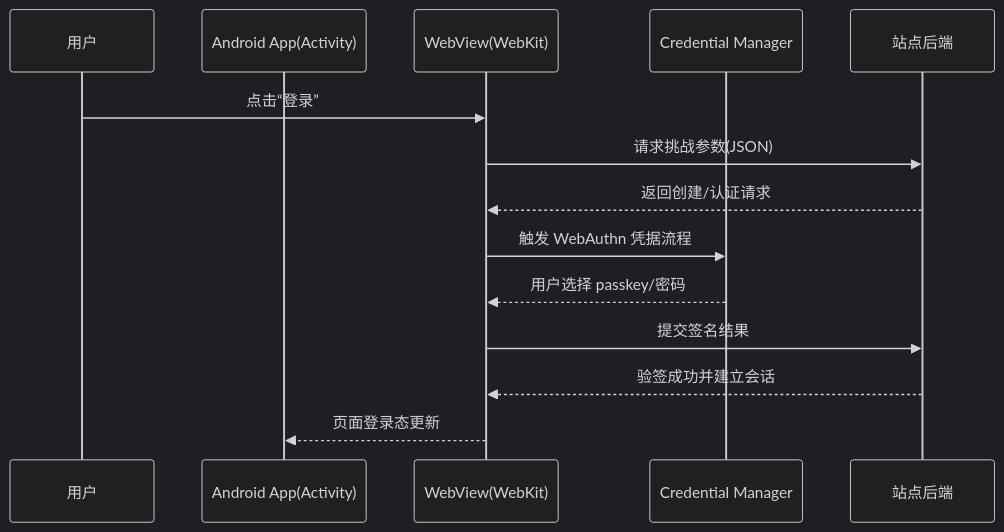
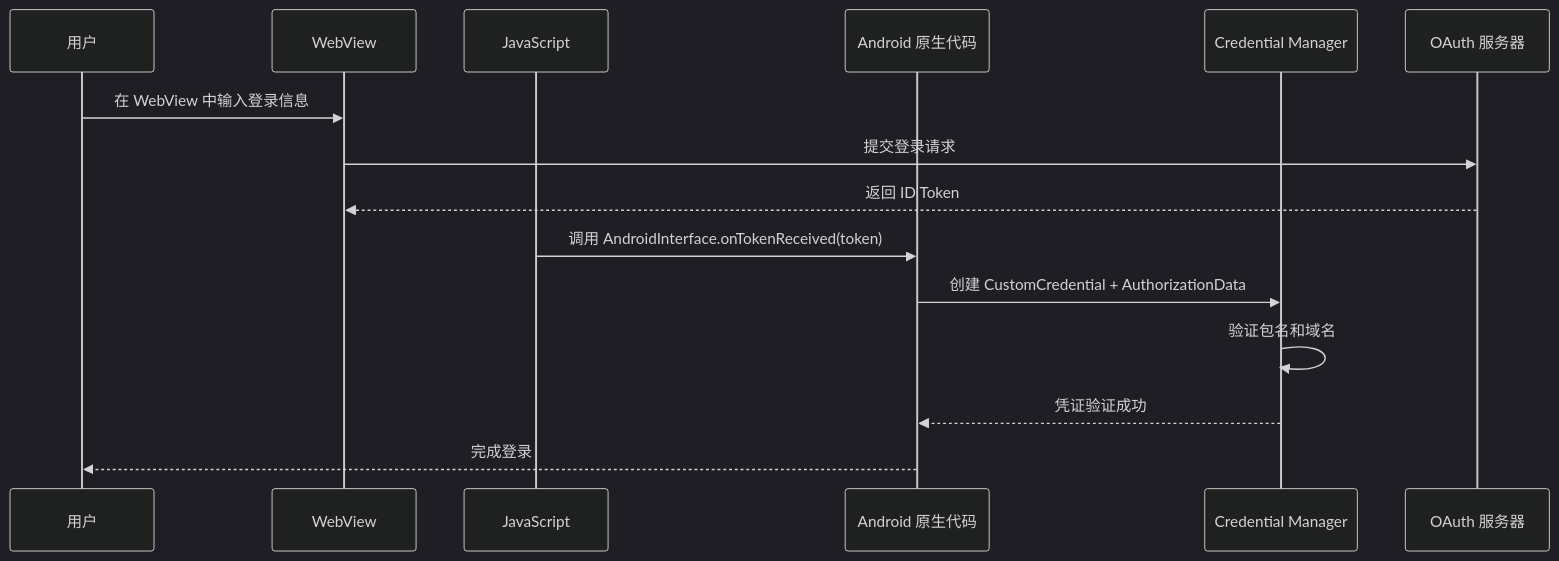
Before and after one commit to Carrie-L/carrie-l.github.io: the diagram in AndroidDeveloperGuideStory/Contents/vol3/3.1.41 使用 WebView 验证用户身份.md, drawn with Mermaid (dark theme). The commit also changed other lines of this file, not shown here.

````diff
--- a/AndroidDeveloperGuideStory/Contents/vol3/3.1.41 使用 WebView 验证用户身份.md
+++ b/AndroidDeveloperGuideStory/Contents/vol3/3.1.41 使用 WebView 验证用户身份.md
@@ -39,17 +583,18 @@
 ```mermaid
 sequenceDiagram
-    participant U as 用户
-    participant A as Android App(Activity)
-    participant W as WebView(WebKit)
-    participant C as Credential Manager
-    participant S as 站点后端
+    participant User as 用户
+    participant WebView as WebView
+    participant JS as JavaScript
+    participant Android as Android 原生代码
+    participant CM as Credential Manager
+    participant Server as OAuth 服务器
 
-    U->>W: 点击“登录”
-    W->>S: 请求挑战参数(JSON)
-    S-->>W: 返回创建/认证请求
-    W->>C: 触发 WebAuthn 凭据流程
-    C-->>W: 用户选择 passkey/密码
-    W->>S: 提交签名结果
-    S-->>W: 验签成功并建立会话
-    W-->>A: 页面登录态更新
+    User->>WebView: 在 WebView 中输入登录信息
+    WebView->>Server: 提交登录请求
+    Server-->>WebView: 返回 ID Token
+    JS->>Android: 调用 AndroidInterface.onTokenReceived(token)
+    Android->>CM: 创建 CustomCredential + AuthorizationData
+    CM->>CM: 验证包名和域名
+    CM-->>Android: 凭证验证成功
+    Android-->>User: 完成登录
 ```
````
